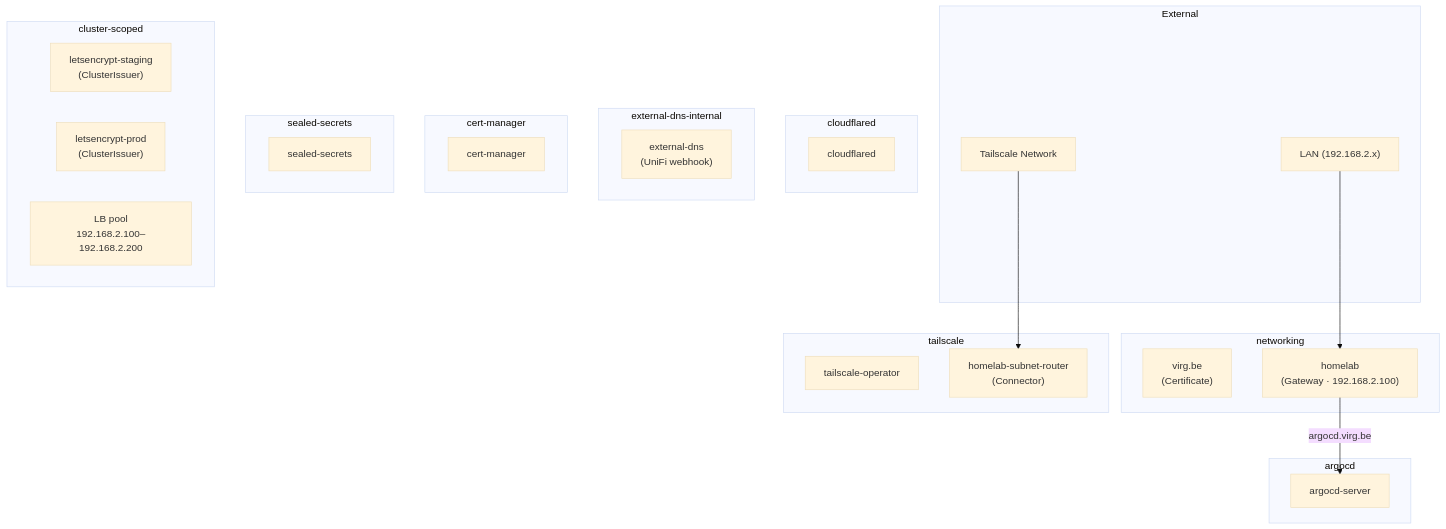
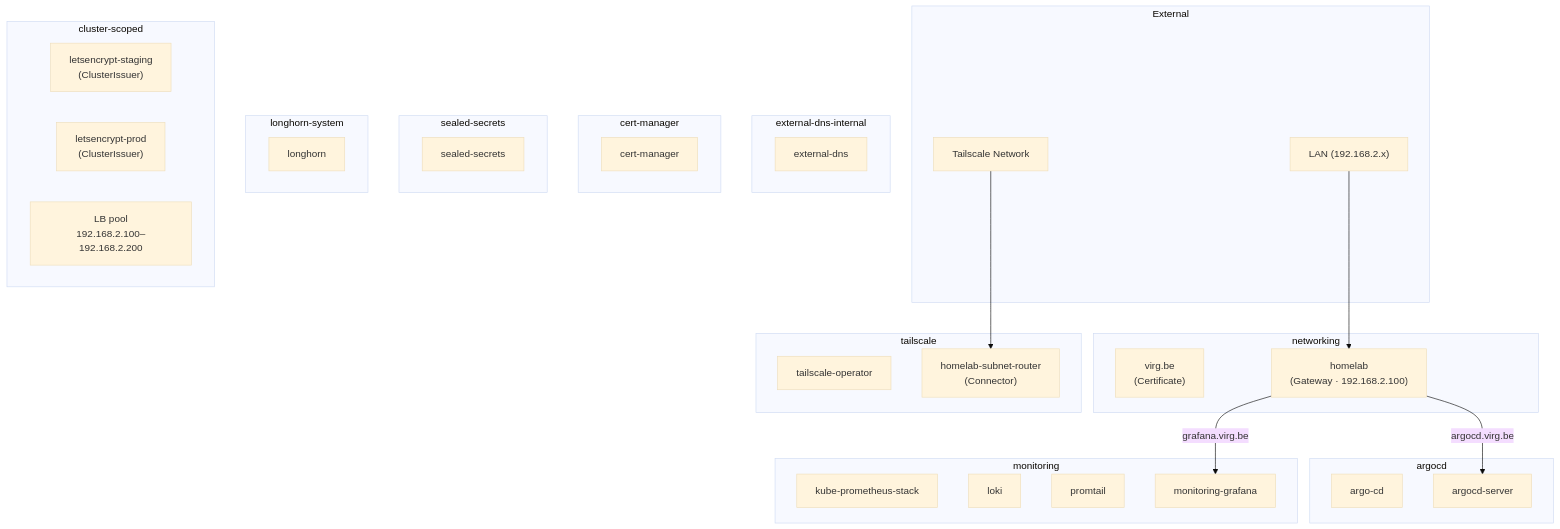
Before and after one commit to Virgil-Bulens/homelab: the diagram in docs/cluster.md, drawn with Mermaid (base theme).

Commit message:
docs: regenerate cluster diagram [skip ci]

````diff
--- a/docs/cluster.md
+++ b/docs/cluster.md
@@ -1,38 +1,46 @@
 ```mermaid
 flowchart TD
     subgraph external["External"]
         lan["LAN (192.168.2.x)"]
         ts_net["Tailscale Network"]
     end
     subgraph networking__ns["networking"]
         networking__virg_be_wildcard["virg.be\n(Certificate)"]
         networking__homelab["homelab\n(Gateway · 192.168.2.100)"]
     end
     subgraph argocd__ns["argocd"]
+        argocd__argo_cd["argo-cd"]
         argocd__argocd_server["argocd-server"]
     end
-    subgraph cloudflared__ns["cloudflared"]
-        cloudflared__cloudflared["cloudflared"]
-    end
     subgraph external_dns_internal__ns["external‑dns‑internal"]
-        external_dns_internal__external_dns["external-dns\n(UniFi webhook)"]
+        external_dns_internal__external_dns["external-dns"]
     end
     subgraph cert_manager__ns["cert‑manager"]
         cert_manager__cert_manager["cert-manager"]
     end
     subgraph sealed_secrets__ns["sealed‑secrets"]
         sealed_secrets__sealed_secrets["sealed-secrets"]
     end
     subgraph tailscale__ns["tailscale"]
-        tailscale__operator["tailscale-operator"]
+        tailscale__tailscale_operator["tailscale-operator"]
         tailscale__homelab_subnet_router["homelab-subnet-router\n(Connector)"]
+    end
+    subgraph longhorn_system__ns["longhorn‑system"]
+        longhorn_system__longhorn["longhorn"]
+    end
+    subgraph monitoring__ns["monitoring"]
+        monitoring__kube_prometheus_stack["kube-prometheus-stack"]
+        monitoring__loki["loki"]
+        monitoring__promtail["promtail"]
+        monitoring__monitoring_grafana["monitoring-grafana"]
     end
     subgraph cluster_scoped__ns["cluster‑scoped"]
         cluster_scoped__letsencrypt_staging["letsencrypt-staging\n(ClusterIssuer)"]
         cluster_scoped__letsencrypt_prod["letsencrypt-prod\n(ClusterIssuer)"]
         cluster_scoped__homelab_pool["LB pool\n192.168.2.100–192.168.2.200"]
     end
     lan --> networking__homelab
     ts_net --> tailscale__homelab_subnet_router
     networking__homelab -->|"argocd.virg.be"| argocd__argocd_server
+    networking__homelab -->|"grafana.virg.be"| monitoring__monitoring_grafana
 ```
````
